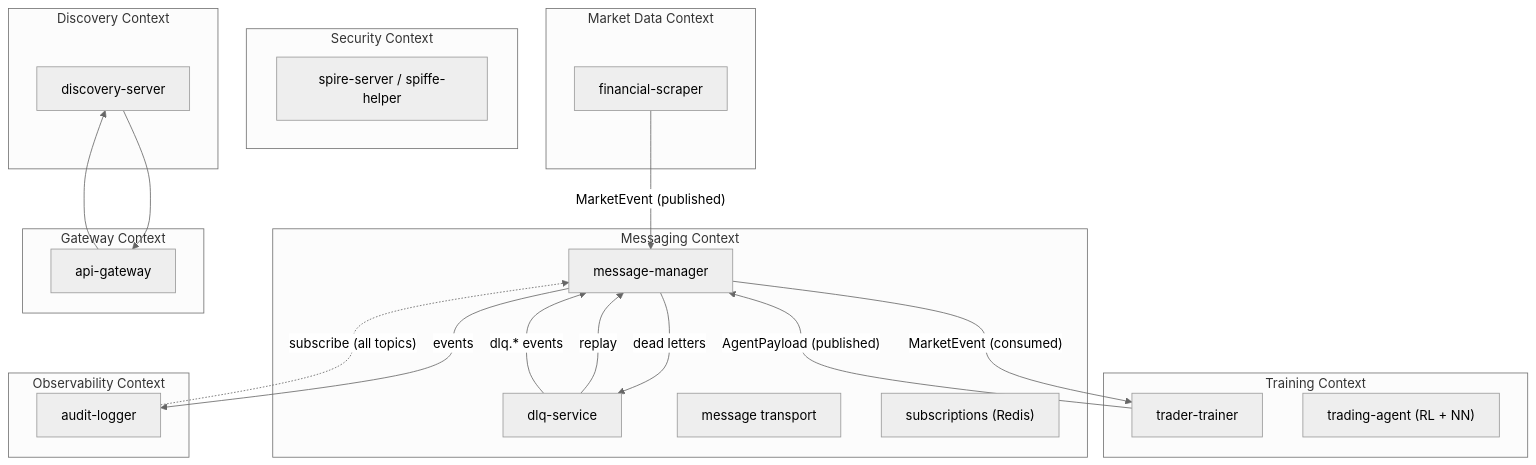
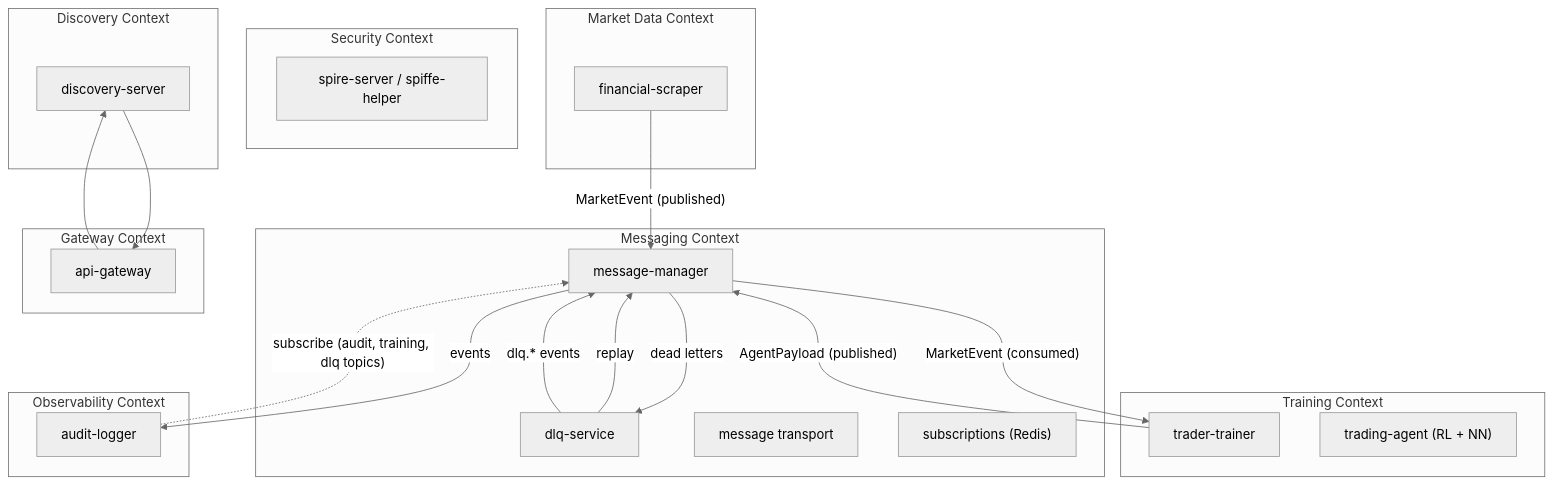
The diagram in docs/architecture/bounded-contexts.md (docteur-turboss/trading-model), drawn with Mermaid (neutral theme) before and after one commit. The commit also changed other lines of this file and 21 other files, not shown here.

````diff
--- a/docs/architecture/bounded-contexts.md
+++ b/docs/architecture/bounded-contexts.md
@@ -7,39 +7,39 @@
 ```mermaid
 graph TD
     subgraph "Market Data Context"
         FS["financial-scraper"]
     end
     subgraph "Training Context"
         TT["trader-trainer"]
         TS["trading-agent (RL + NN)"]
     end
     subgraph "Messaging Context"
         MM["message-manager"]
         DLQ["dlq-service"]
         MT["message transport"]
         SUB["subscriptions (Redis)"]
     end
     subgraph "Security Context"
         SP["spire-server / spiffe-helper"]
     end
     subgraph "Discovery Context"
         DS["discovery-server"]
     end
     subgraph "Observability Context"
         AL["audit-logger"]
     end
     subgraph "Gateway Context"
         GW["api-gateway"]
     end
 
     FS -->|"MarketEvent (published)"| MM
     MM -->|"MarketEvent (consumed)"| TT
     TT -->|"AgentPayload (published)"| MM
     MM -->|"events"| AL
-    AL -.->|"subscribe (all topics)"| MM
+    AL -.->|"subscribe (audit, training, dlq topics)"| MM
     MM -->|"dead letters"| DLQ
     DLQ -->|"replay"| MM
     DLQ -->|"dlq.* events"| MM
     DS --> GW
     GW --> DS
 ```
````
